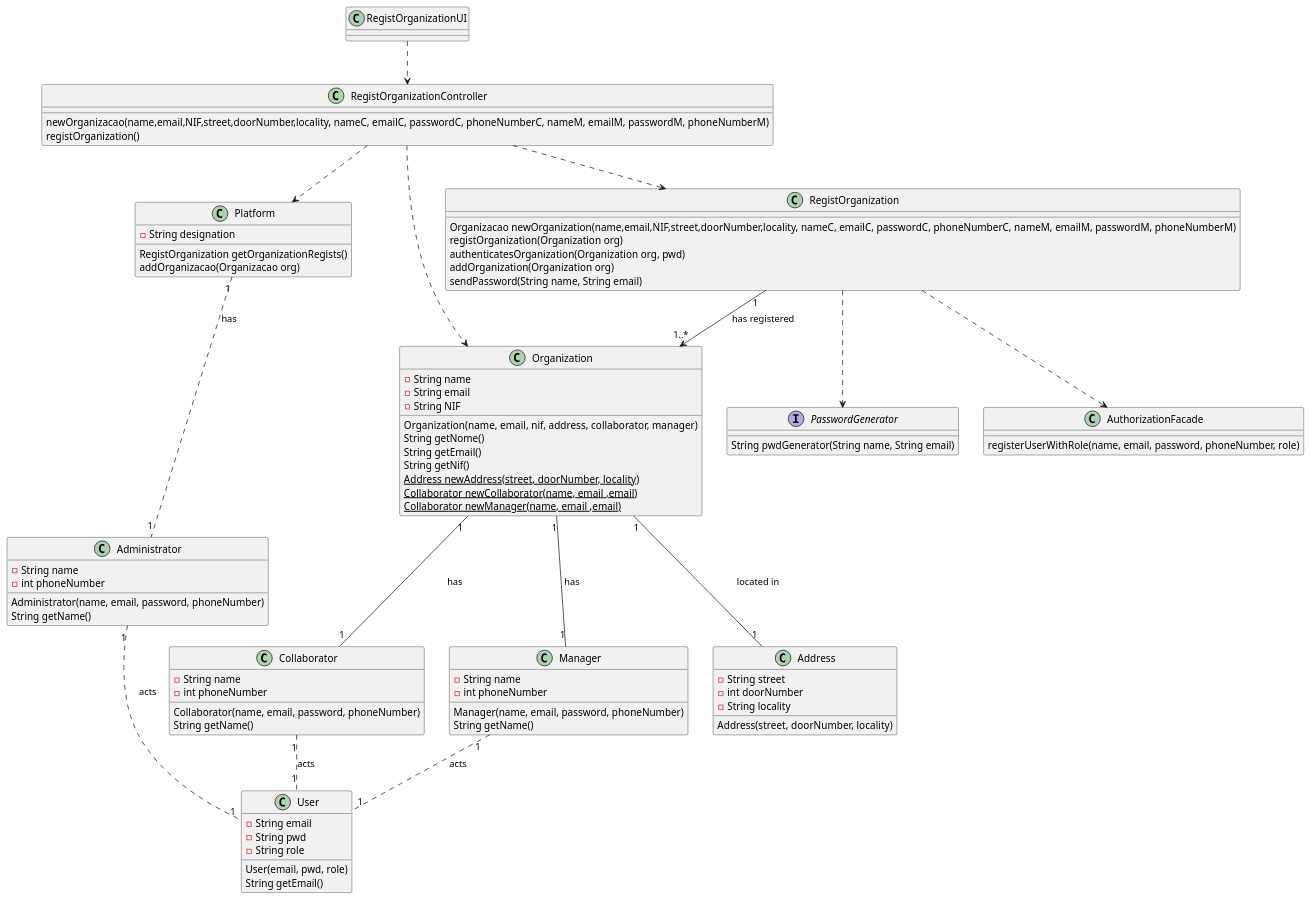
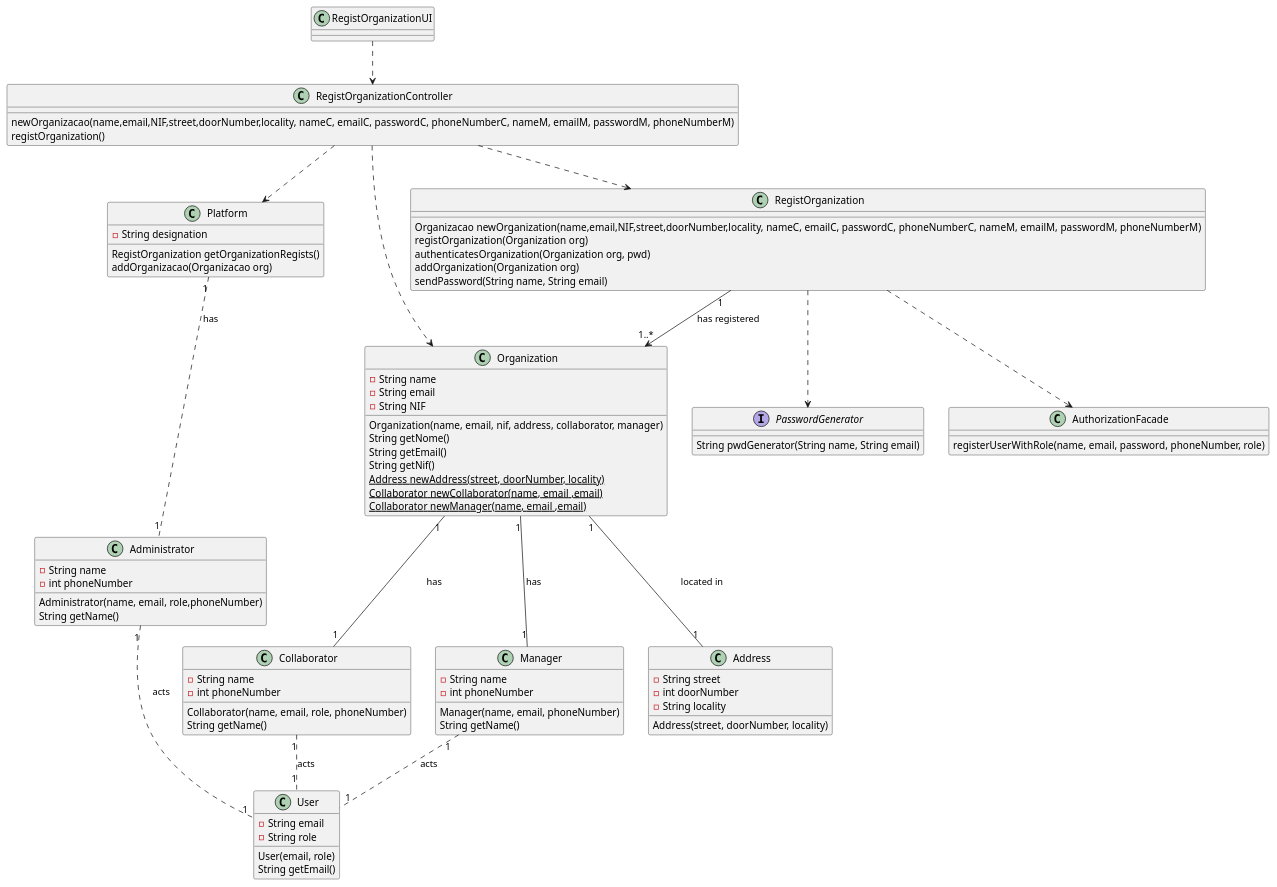
Before and after one commit to 1190452/LAPR2: the diagram in docs/UC1/UC1_CD.puml, drawn with PlantUML.

Commit message:
[UC-1] UC1_CD.puml updated

```diff
--- a/docs/UC1/UC1_CD.puml
+++ b/docs/UC1/UC1_CD.puml
@@ -1,99 +1,98 @@
 @startuml
 
 class Organization {
   -String name
   -String email
   -String NIF
   Organization(name, email, nif, address, collaborator, manager)
   String getNome()
   String getEmail()
   String getNif()
   {static} Address newAddress(street, doorNumber, locality)
   {static} Collaborator newCollaborator(name, email ,email)
   {static} Collaborator newManager(name, email ,email)
 }
 
 class Administrator {
   -String name
   -int phoneNumber
-  Administrator(name, email, password, phoneNumber)
+  Administrator(name, email, role,phoneNumber)
   String getName()
 }
 
 class Address {
   -String street
   -int doorNumber
   -String locality
   Address(street, doorNumber, locality)
 }
 
 class Collaborator {
   -String name
   -int phoneNumber
-  Collaborator(name, email, password, phoneNumber)
+  Collaborator(name, email, role, phoneNumber)
   String getName()
 }
 
 class Manager {
   -String name
   -int phoneNumber
-  Manager(name, email, password, phoneNumber)
+  Manager(name, email, phoneNumber)
   String getName()
 }
   
 class User {
   -String email
-  -String pwd
   -String role
-  User(email, pwd, role)
+  User(email, role)
   String getEmail()
 }
   
 class Platform {
   -String designation
   RegistOrganization getOrganizationRegists()
   addOrganizacao(Organizacao org) 
 }
 
 class AuthorizationFacade {
   registerUserWithRole(name, email, password, phoneNumber, role)
 }
   
 interface PasswordGenerator {
   String pwdGenerator(String name, String email)
 }
   
 class RegistOrganization {
   Organizacao newOrganization(name,email,NIF,street,doorNumber,locality, nameC, emailC, passwordC, phoneNumberC, nameM, emailM, passwordM, phoneNumberM)
   registOrganization(Organization org)
   authenticatesOrganization(Organization org, pwd)
   addOrganization(Organization org)
   sendPassword(String name, String email)
 }
 
 class RegistOrganizationController {
   newOrganizacao(name,email,NIF,street,doorNumber,locality, nameC, emailC, passwordC, phoneNumberC, nameM, emailM, passwordM, phoneNumberM)
   registOrganization()
 }
   
 
 class RegistOrganizationUI {
 }
 
 RegistOrganizationUI ..> RegistOrganizationController
 RegistOrganizationController ..> Platform
 RegistOrganizationController ..> Organization
 RegistOrganizationController ..> RegistOrganization
 RegistOrganization ..> AuthorizationFacade
 RegistOrganization ..> PasswordGenerator
 RegistOrganization "1" --> "1..*" Organization: has registered
 Organization "1" -- "1" Collaborator: has
 Organization "1" -- "1" Manager: has
 Organization "1" -- "1" Address: located in
 Platform "1" .. "1" Administrator: has
 Manager "1" .. "1" User: acts 
 Collaborator "1" .. "1" User: acts 
 Administrator "1" .. "1" User: acts
 
 
 @enduml
```
